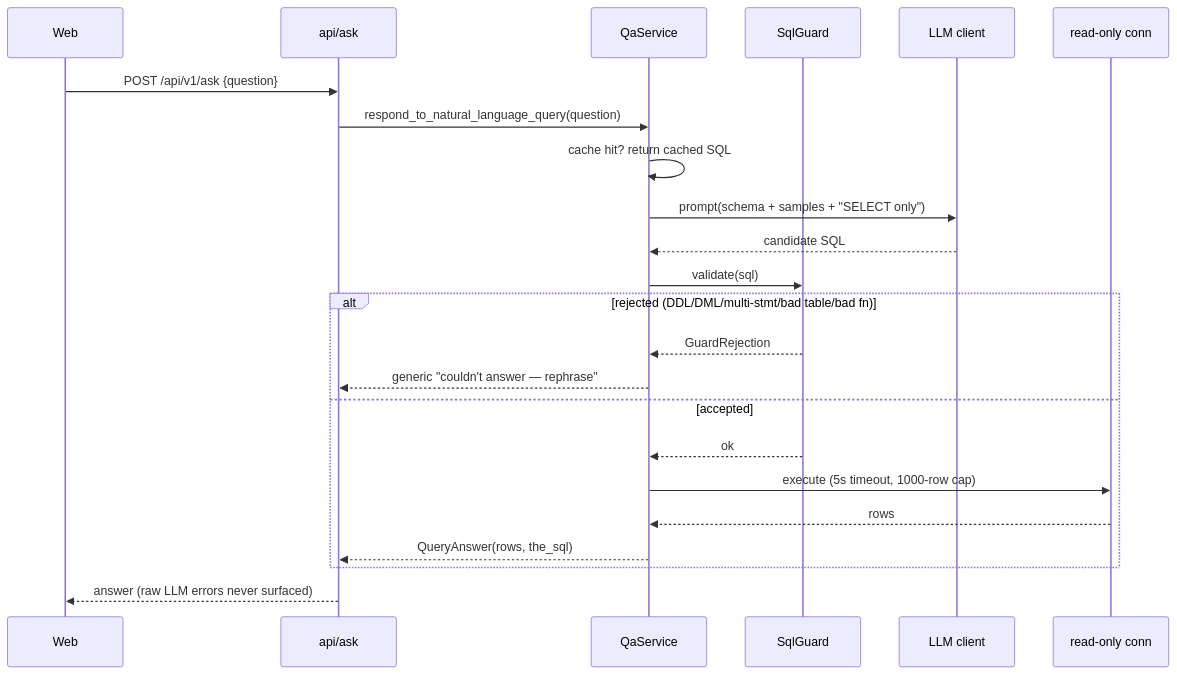
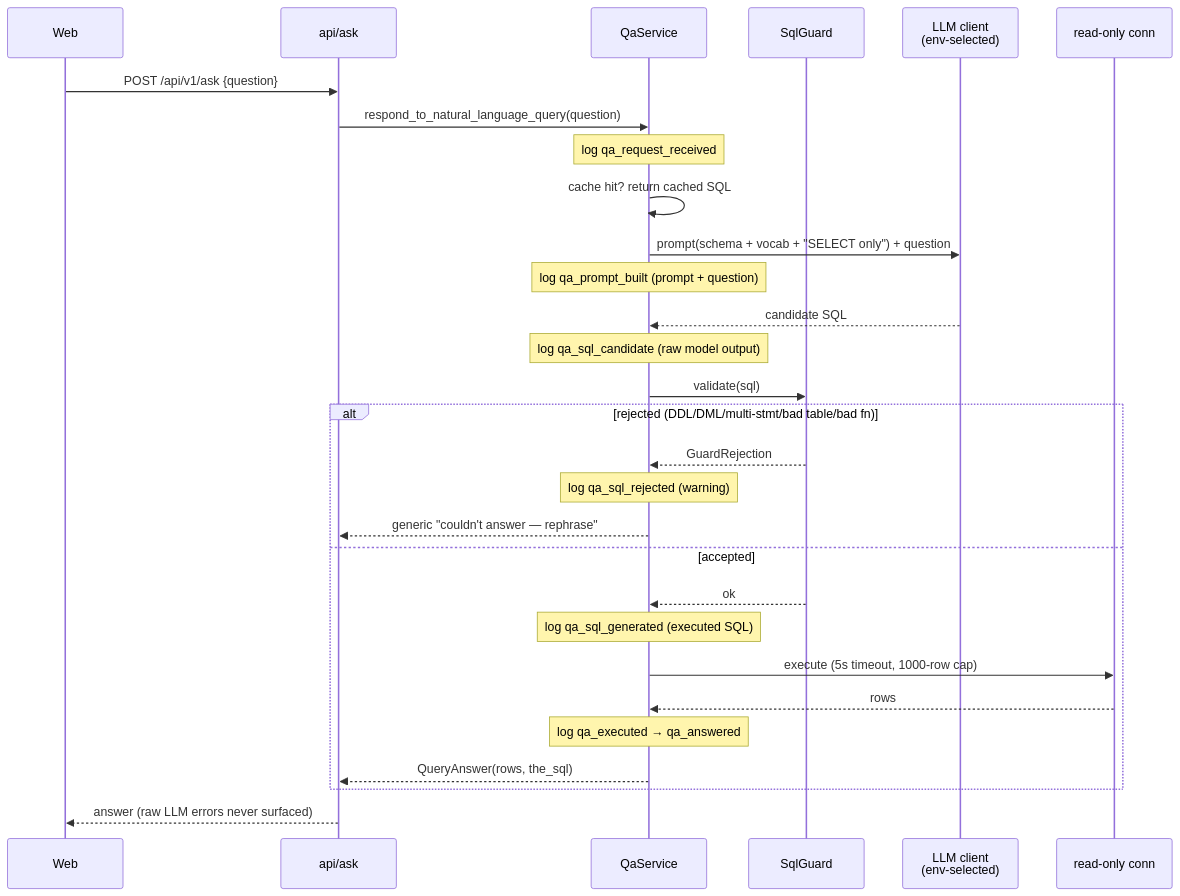
Before and after one commit to Rajaa786/Assignment: the fourth of 4 diagrams in docs/architecture.md, drawn with Mermaid. The commit also changed other lines of this file and 1 other file, not shown here.

First line of the commit message:
docs: refresh README + architecture for pluggable LLM, logging & onboarding

````diff
--- a/docs/architecture.md
+++ b/docs/architecture.md
@@ -125,25 +128,31 @@
 ```mermaid
 sequenceDiagram
   participant W as Web
   participant R as api/ask
   participant S as QaService
   participant G as SqlGuard
-  participant L as LLM client
+  participant L as LLM client<br/>(env-selected)
   participant DB as read-only conn
   W->>R: POST /api/v1/ask {question}
   R->>S: respond_to_natural_language_query(question)
+  Note over S: log qa_request_received
   S->>S: cache hit? return cached SQL
-  S->>L: prompt(schema + samples + "SELECT only")
+  S->>L: prompt(schema + vocab + "SELECT only") + question
+  Note over S: log qa_prompt_built (prompt + question)
   L-->>S: candidate SQL
+  Note over S: log qa_sql_candidate (raw model output)
   S->>G: validate(sql)
   alt rejected (DDL/DML/multi-stmt/bad table/bad fn)
     G-->>S: GuardRejection
+    Note over S: log qa_sql_rejected (warning)
     S-->>R: generic "couldn't answer — rephrase"
   else accepted
     G-->>S: ok
+    Note over S: log qa_sql_generated (executed SQL)
     S->>DB: execute (5s timeout, 1000-row cap)
     DB-->>S: rows
+    Note over S: log qa_executed → qa_answered
     S-->>R: QueryAnswer(rows, the_sql)
   end
   R-->>W: answer (raw LLM errors never surfaced)
 ```
````
